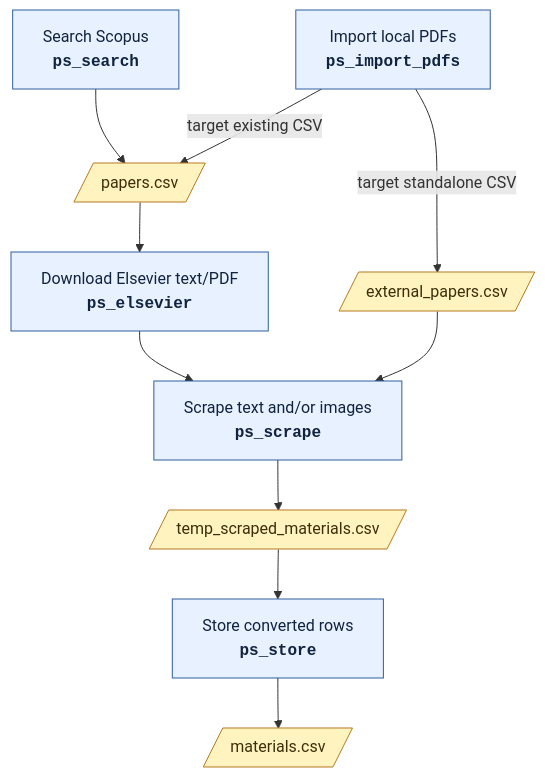
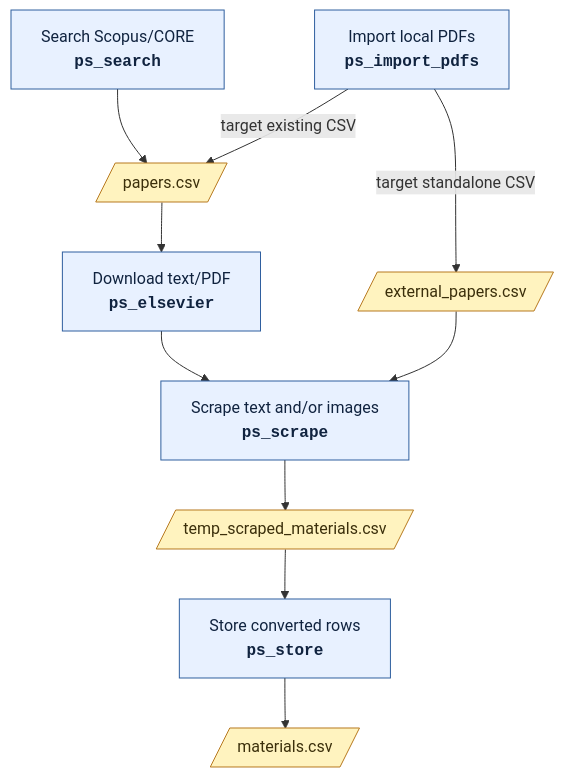
Before and after one commit to SMTG-Bham/PaperMinerToolkit: the diagram in README.md, drawn with Mermaid. The commit also changed other lines of this file and 11 other files, not shown here.

````diff
--- a/README.md
+++ b/README.md
@@ -29,17 +29,17 @@
 ```mermaid
 flowchart TD
-    A["Search Scopus<br/><b><code>ps_search</code></b>"] --> B[/"papers.csv"/]
+    A["Search Scopus/CORE<br/><b><code>ps_search</code></b>"] --> B[/"papers.csv"/]
     C["Import local PDFs<br/><b><code>ps_import_pdfs</code></b>"] -->|"target existing CSV"| B
     C -->|"target standalone CSV"| D[/"external_papers.csv"/]
-    B --> E["Download Elsevier text/PDF<br/><b><code>ps_elsevier</code></b>"]
+    B --> E["Download text/PDF<br/><b><code>ps_elsevier</code></b>"]
     E --> F["Scrape text and/or images<br/><b><code>ps_scrape</code></b>"]
     D --> F
     F --> G[/"temp_scraped_materials.csv"/]
     G --> H["Store converted rows<br/><b><code>ps_store</code></b>"]
     H --> I[/"materials.csv"/]
 
     classDef action fill:#e8f1ff,stroke:#2f5f9f,color:#10233f
     classDef file fill:#fff3bf,stroke:#b7791f,color:#3b2f0b
     class A,C,E,F,H action
     class B,D,G,I file
 ```
````
